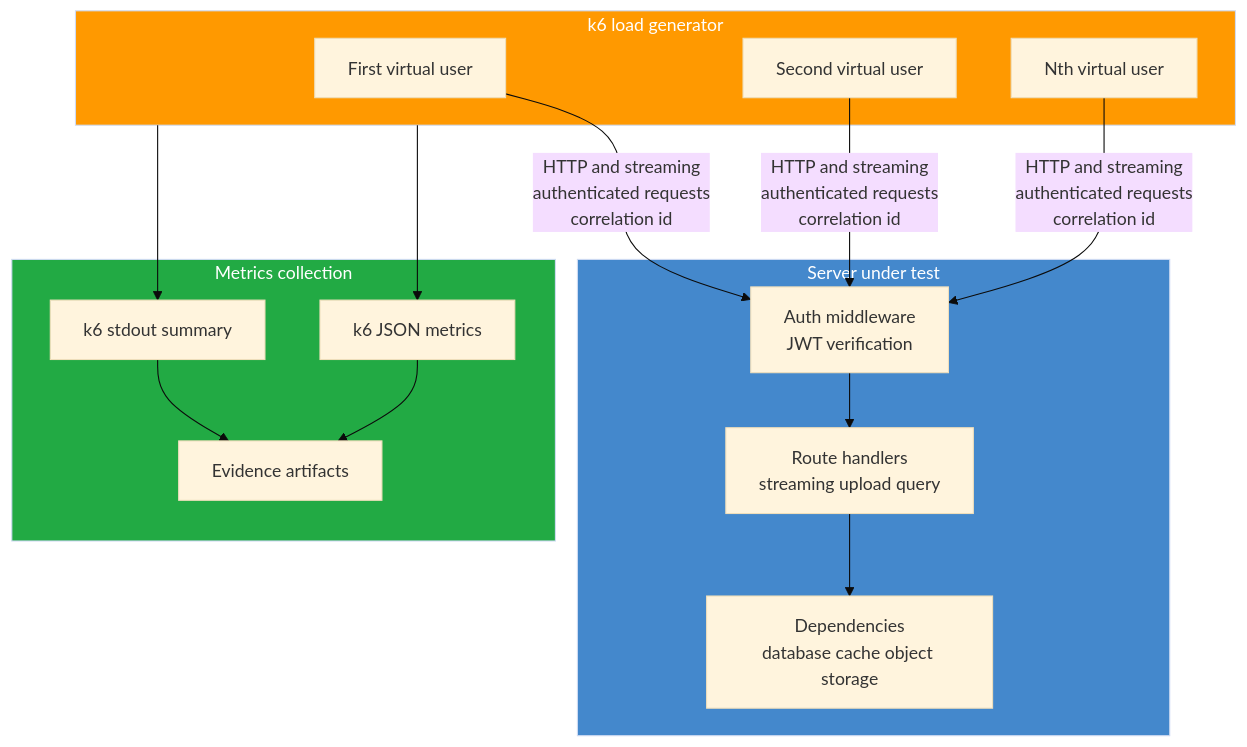
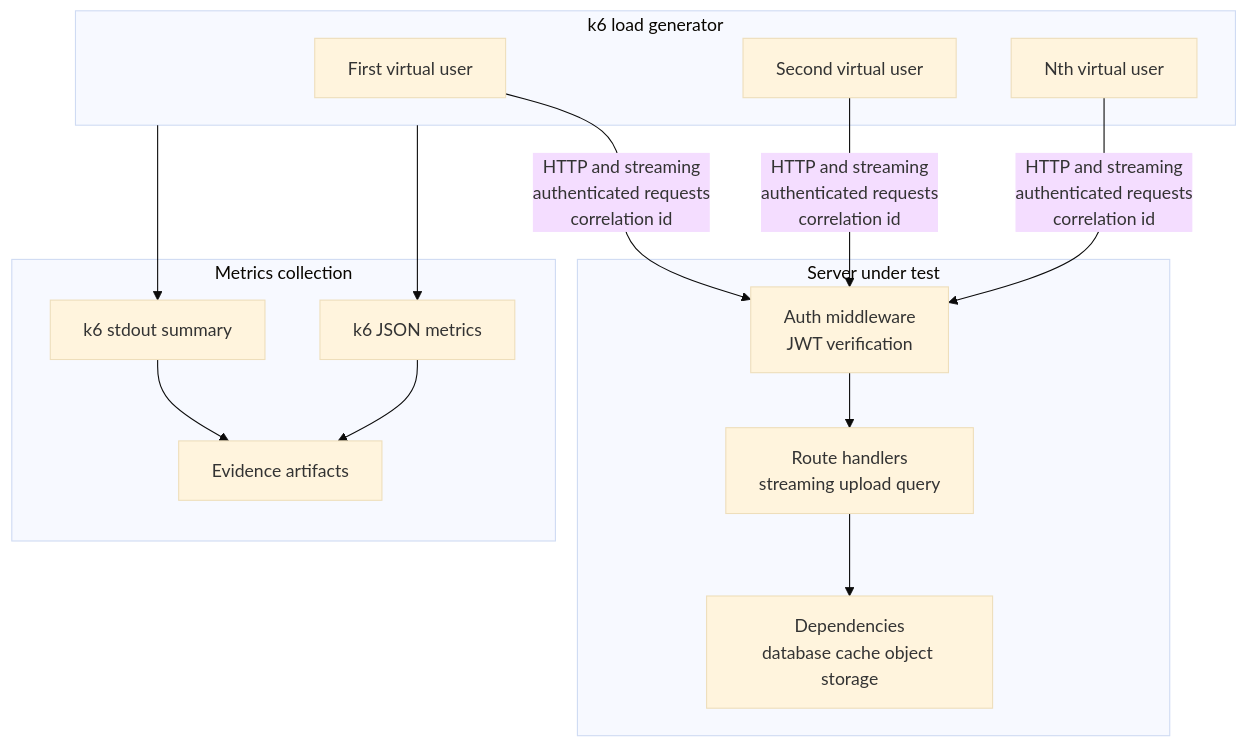
Before and after one commit to 1qh/safeagent: the ninth of 14 diagrams in plan/testing.md, drawn with Mermaid (base theme). The commit also changed other lines of this file and 43 other files, not shown here.

Commit message:
Phase 3 compression: strip non-semantic separators and Mermaid style metadata

````diff
--- a/plan/testing.md
+++ b/plan/testing.md
@@ -562,30 +519,27 @@
 ```mermaid
 flowchart TD
     subgraph LOAD_GENERATOR["k6 load generator"]
         FIRST_VIRTUAL_USER["First virtual user"]
         SECOND_VIRTUAL_USER["Second virtual user"]
         NTH_VIRTUAL_USER["Nth virtual user"]
     end
 
     subgraph SERVER_UNDER_TEST["Server under test"]
         AUTH_MIDDLEWARE_LAYER["Auth middleware\nJWT verification"]
         ROUTE_LAYER["Route handlers\nstreaming upload query"]
         DEPENDENCY_LAYER["Dependencies\ndatabase cache object storage"]
     end
 
     subgraph METRICS_CAPTURE["Metrics collection"]
         STDOUT_SUMMARY["k6 stdout summary"]
         JSON_SUMMARY["k6 JSON metrics"]
         EVIDENCE_OUTPUT["Evidence artifacts"]
     end
 
     FIRST_VIRTUAL_USER & SECOND_VIRTUAL_USER & NTH_VIRTUAL_USER -->|"HTTP and streaming\nauthenticated requests\ncorrelation id"| AUTH_MIDDLEWARE_LAYER
     AUTH_MIDDLEWARE_LAYER --> ROUTE_LAYER --> DEPENDENCY_LAYER
 
     LOAD_GENERATOR --> STDOUT_SUMMARY --> EVIDENCE_OUTPUT
     LOAD_GENERATOR --> JSON_SUMMARY --> EVIDENCE_OUTPUT
 
-    style LOAD_GENERATOR fill:#ff9900,color:#fff
-    style SERVER_UNDER_TEST fill:#4488cc,color:#fff
-    style METRICS_CAPTURE fill:#22aa44,color:#fff
 ```
````
